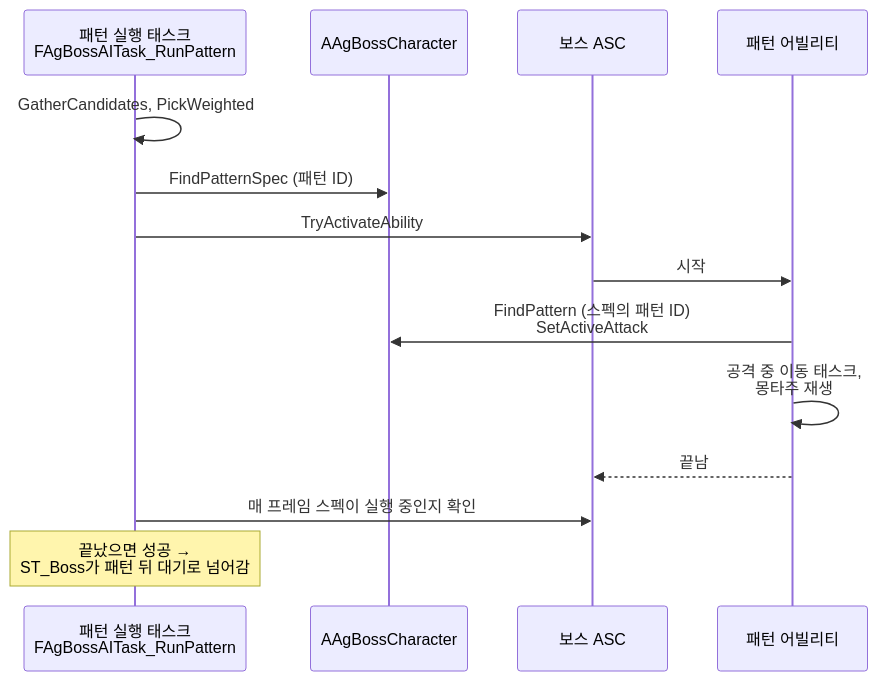
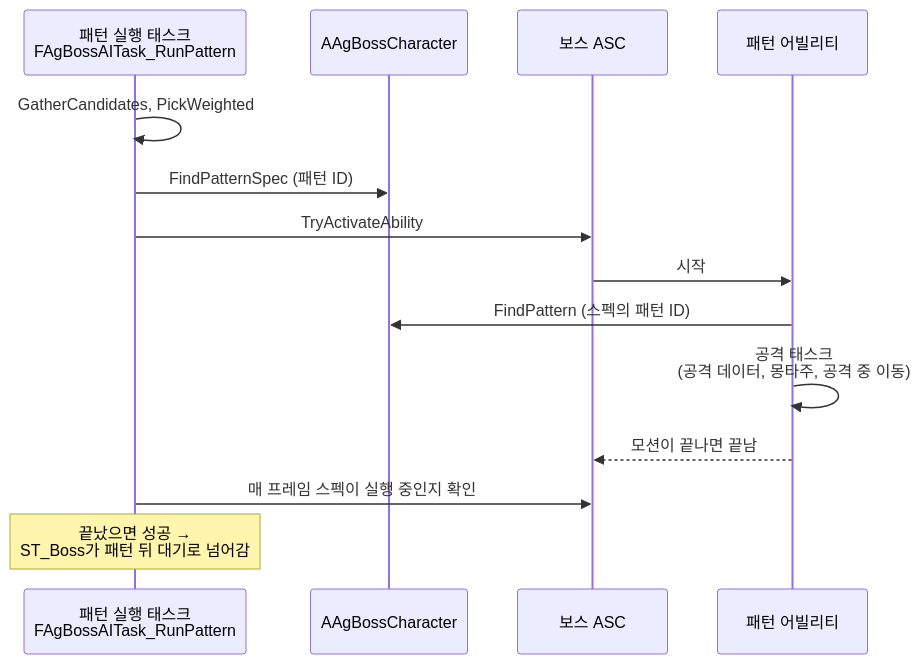
Diagram 20 of 21 in Docs/Program/클래스 구조도.md (Woogl/Ag), drawn with Mermaid before and after one commit. The commit also changed other lines of this file and 19 other files, not shown here.

````diff
--- a/Docs/Program/클래스 구조도.md
+++ b/Docs/Program/클래스 구조도.md
@@ -731,16 +731,16 @@
 ```mermaid
 sequenceDiagram
     participant T as 패턴 실행 태스크<br>FAgBossAITask_RunPattern
     participant B as AAgBossCharacter
     participant ASC as 보스 ASC
     participant GA as 패턴 어빌리티
     T->>T: GatherCandidates, PickWeighted
     T->>B: FindPatternSpec (패턴 ID)
     T->>ASC: TryActivateAbility
     ASC->>GA: 시작
-    GA->>B: FindPattern (스펙의 패턴 ID)<br>SetActiveAttack
-    GA->>GA: 공격 중 이동 태스크,<br>몽타주 재생
-    GA-->>ASC: 끝남
+    GA->>B: FindPattern (스펙의 패턴 ID)
+    GA->>GA: 공격 태스크<br>(공격 데이터, 몽타주, 공격 중 이동)
+    GA-->>ASC: 모션이 끝나면 끝남
     T->>ASC: 매 프레임 스펙이 실행 중인지 확인
     Note over T: 끝났으면 성공 →<br>ST_Boss가 패턴 뒤 대기로 넘어감
 ```
````
